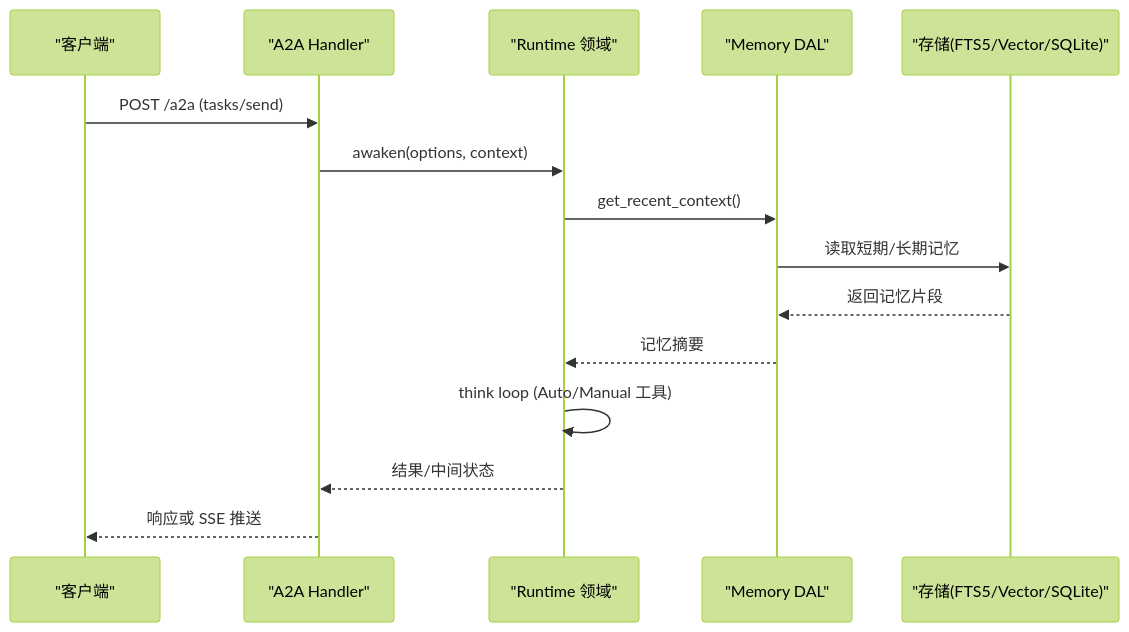
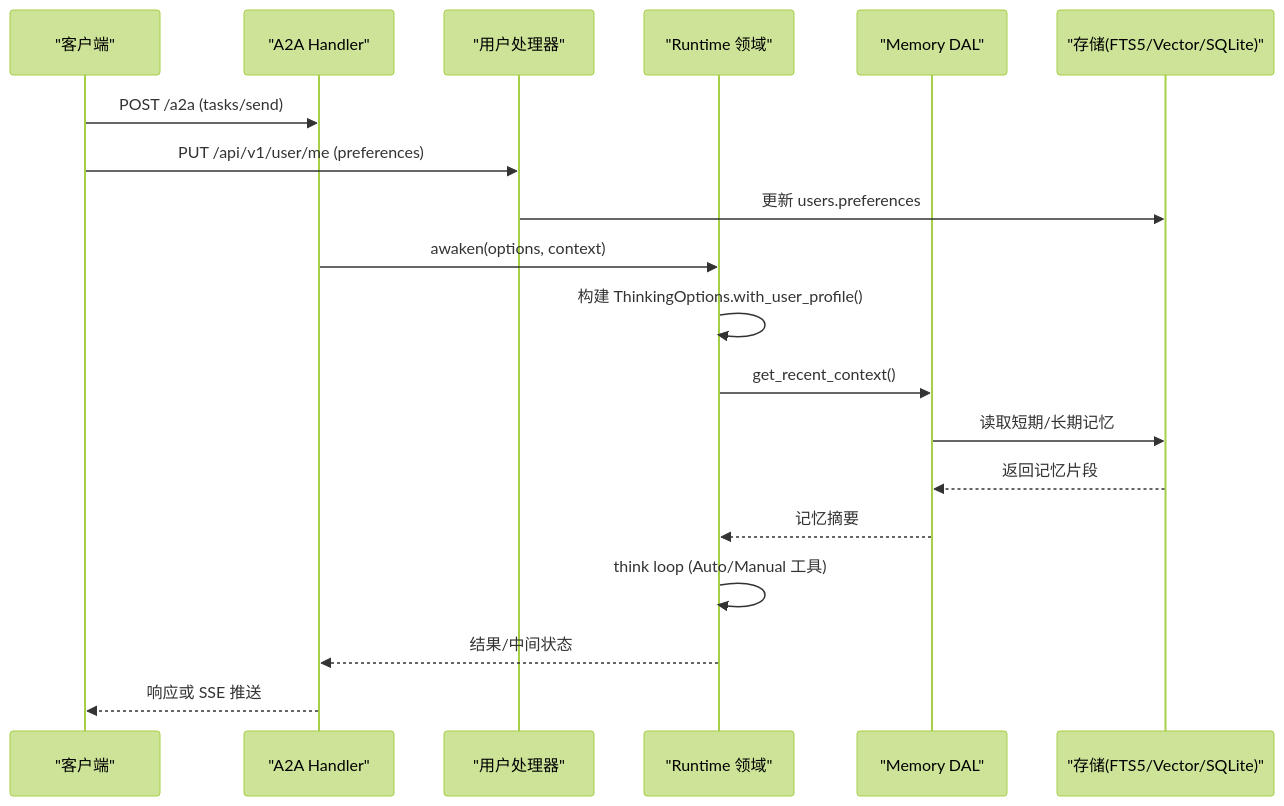
One commit to runningcoders/ai_orz changed the second of 9 diagrams in .qoder/repowiki/zh/content/项目概述/核心功能特性/核心功能特性.md. Above: the diagram before and after it, drawn with Mermaid (forest theme). The commit also changed other lines of this file and 5 other files, not shown here.

````diff
--- a/.qoder/repowiki/zh/content/项目概述/核心功能特性/核心功能特性.md
+++ b/.qoder/repowiki/zh/content/项目概述/核心功能特性/核心功能特性.md
@@ -104,17 +127,21 @@
 ```mermaid
 sequenceDiagram
 participant Client as "客户端"
 participant A2A as "A2A Handler"
+participant User as "用户处理器"
 participant Runtime as "Runtime 领域"
 participant Memory as "Memory DAL"
 participant Store as "存储(FTS5/Vector/SQLite)"
 Client->>A2A : POST /a2a (tasks/send)
+Client->>User : PUT /api/v1/user/me (preferences)
+User->>Store : 更新 users.preferences
 A2A->>Runtime : awaken(options, context)
+Runtime->>Runtime : 构建 ThinkingOptions.with_user_profile()
 Runtime->>Memory : get_recent_context()
 Memory->>Store : 读取短期/长期记忆
 Store-->>Memory : 返回记忆片段
 Memory-->>Runtime : 记忆摘要
 Runtime->>Runtime : think loop (Auto/Manual 工具)
 Runtime-->>A2A : 结果/中间状态
 A2A-->>Client : 响应或 SSE 推送
 ```
````
